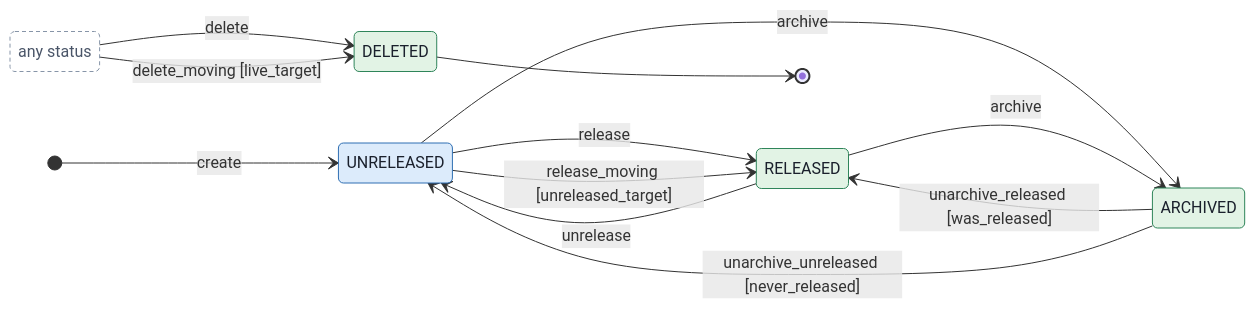
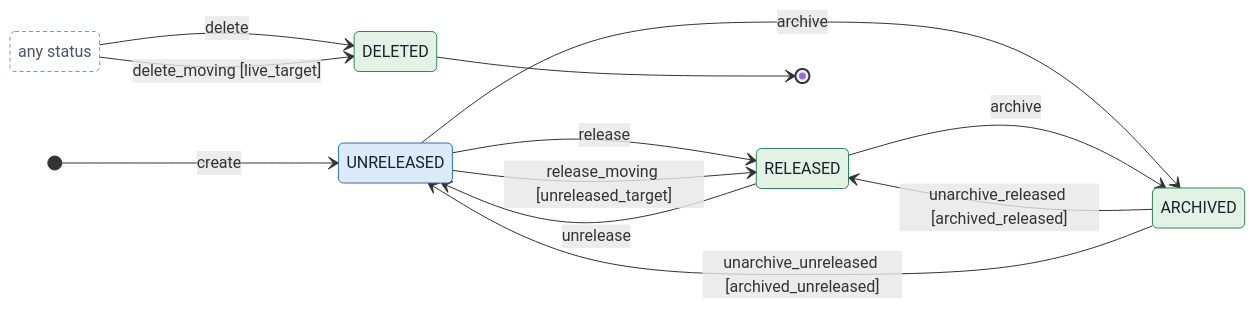
The seventh of 20 diagrams in docs/design/jira-flows.md (rxdu/object_flow), drawn with Mermaid before and after one commit. The commit also changed other lines of this file and 6 other files, not shown here.

First line of the commit message:
docs(design): close what a seventh review of the flows found

````diff
--- a/docs/design/jira-flows.md
+++ b/docs/design/jira-flows.md
@@ -706,23 +706,23 @@
 ```mermaid
 %% jira_version.Version
 stateDiagram-v2
     direction LR
     state "any status" as any_status
     [*] --> UNRELEASED: create
     UNRELEASED --> RELEASED: release
     UNRELEASED --> RELEASED: release_moving [unreleased_target]
     RELEASED --> UNRELEASED: unrelease
     UNRELEASED --> ARCHIVED: archive
     RELEASED --> ARCHIVED: archive
-    ARCHIVED --> RELEASED: unarchive_released [was_released]
-    ARCHIVED --> UNRELEASED: unarchive_unreleased [never_released]
+    ARCHIVED --> RELEASED: unarchive_released [archived_released]
+    ARCHIVED --> UNRELEASED: unarchive_unreleased [archived_unreleased]
     any_status --> DELETED: delete
     any_status --> DELETED: delete_moving [live_target]
     DELETED --> [*]
     classDef in_progress fill:#dcebfb,stroke:#2f6fb3,color:#1a202c
     classDef closed fill:#e2f3e5,stroke:#2f855a,color:#1a202c
     class UNRELEASED in_progress
     class RELEASED,ARCHIVED,DELETED closed
     classDef any fill:none,stroke:#8795a8,stroke-dasharray:4 3,color:#4a5568
     class any_status any
 ```
````
